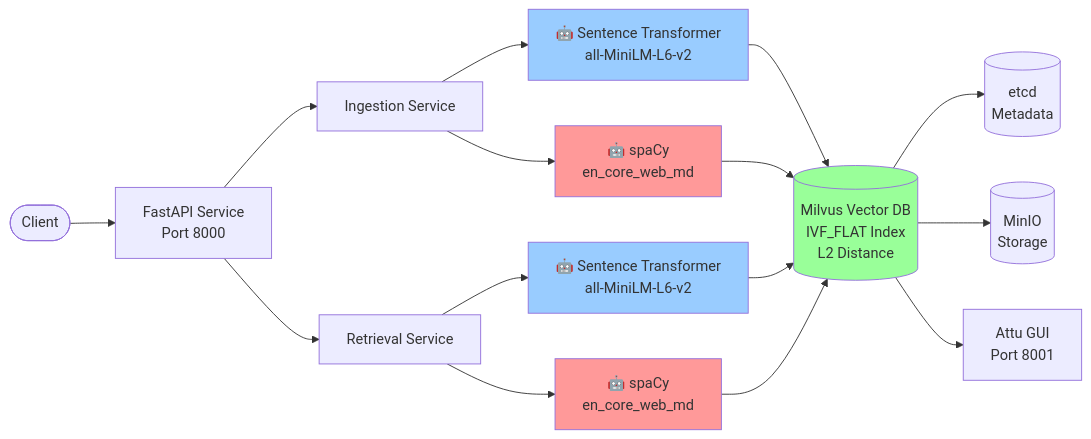
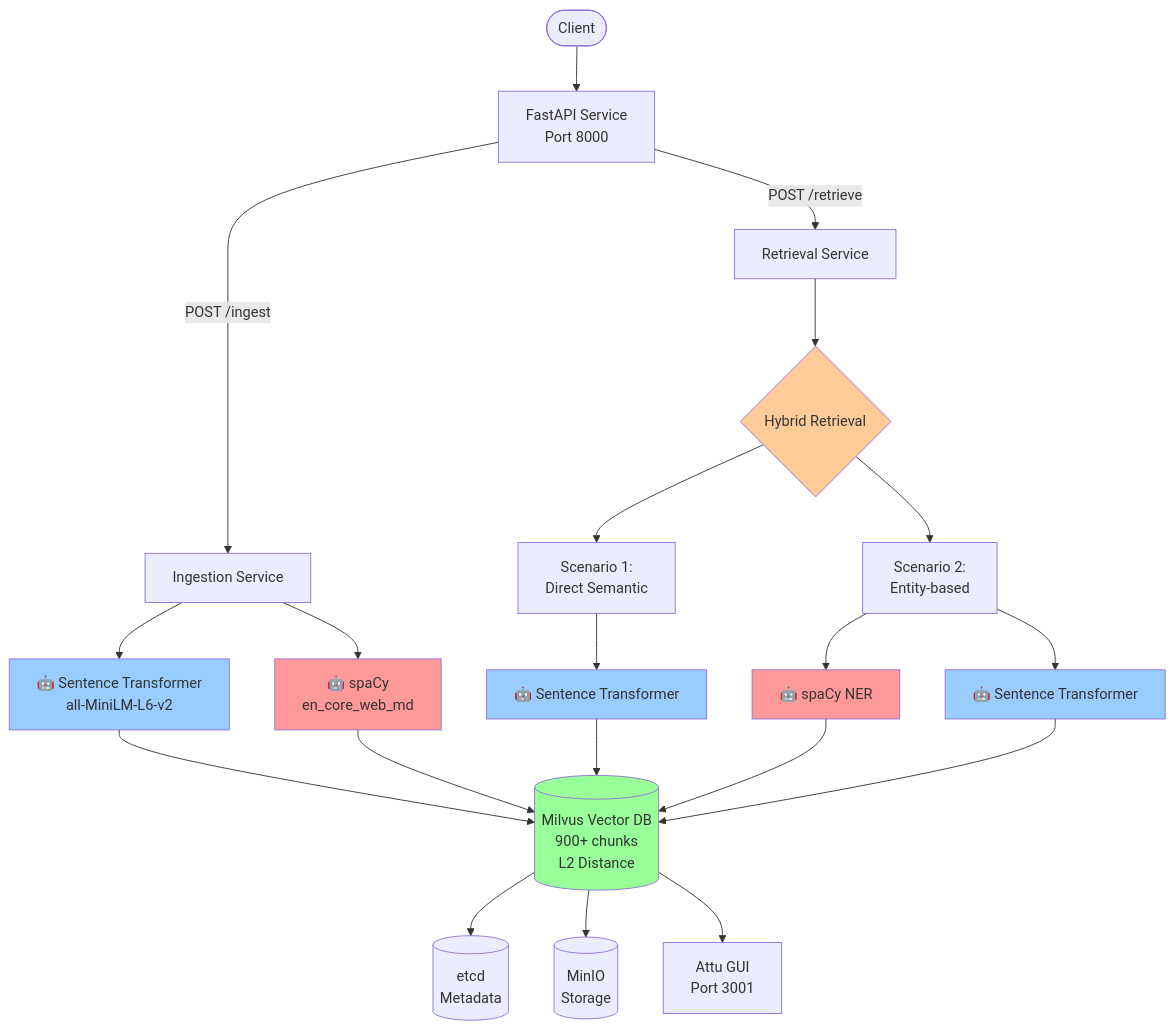
One commit to TejkumarG/DocuMind changed the fifth of 5 diagrams in rag-pipeline/ARCHITECTURE_FLOW.md. Above: the diagram before and after it, drawn with Mermaid. The commit also changed other lines of this file and 16 other files, not shown here.

First line of the commit message:
Implement pure entity-based filtering in Scenario 2 with document expansion

````diff
--- a/rag-pipeline/ARCHITECTURE_FLOW.md
+++ b/rag-pipeline/ARCHITECTURE_FLOW.md
@@ -162,28 +294,37 @@
 ```mermaid
-flowchart LR
+flowchart TB
     Client([Client]) --> FastAPI[FastAPI Service<br/>Port 8000]
 
-    FastAPI --> Ingest[Ingestion Service]
-    FastAPI --> Retrieve[Retrieval Service]
+    FastAPI --> |POST /ingest| Ingest[Ingestion Service]
+    FastAPI --> |POST /retrieve| Retrieve[Retrieval Service]
 
     Ingest --> ST1[🤖 Sentence Transformer<br/>all-MiniLM-L6-v2]
     Ingest --> NER1[🤖 spaCy<br/>en_core_web_md]
-    Retrieve --> ST2[🤖 Sentence Transformer<br/>all-MiniLM-L6-v2]
-    Retrieve --> NER2[🤖 spaCy<br/>en_core_web_md]
 
-    ST1 --> Milvus[(Milvus Vector DB<br/>IVF_FLAT Index<br/>L2 Distance)]
+    Retrieve --> Hybrid{Hybrid Retrieval}
+    Hybrid --> Scenario1[Scenario 1:<br/>Direct Semantic]
+    Hybrid --> Scenario2[Scenario 2:<br/>Entity-based]
+
+    Scenario1 --> ST2[🤖 Sentence Transformer]
+    Scenario2 --> NER2[🤖 spaCy NER]
+    Scenario2 --> ST3[🤖 Sentence Transformer]
+
+    ST1 --> Milvus[(Milvus Vector DB<br/>900+ chunks<br/>L2 Distance)]
     NER1 --> Milvus
     ST2 --> Milvus
     NER2 --> Milvus
+    ST3 --> Milvus
 
     Milvus --> Etcd[(etcd<br/>Metadata)]
     Milvus --> MinIO[(MinIO<br/>Storage)]
 
-    Milvus --> Attu[Attu GUI<br/>Port 8001]
+    Milvus --> Attu[Attu GUI<br/>Port 3001]
 
     style ST1 fill:#99ccff
     style ST2 fill:#99ccff
+    style ST3 fill:#99ccff
     style NER1 fill:#ff9999
     style NER2 fill:#ff9999
     style Milvus fill:#99ff99
+    style Hybrid fill:#ffcc99
 ```
````
